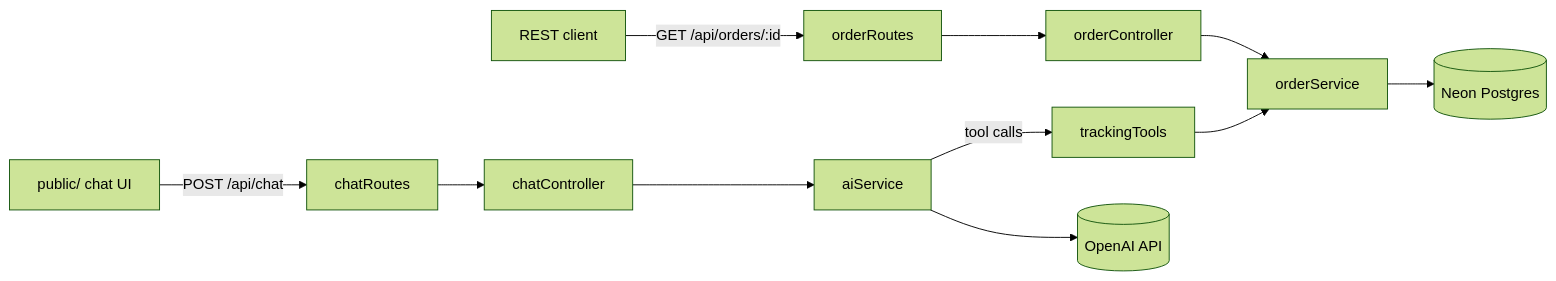
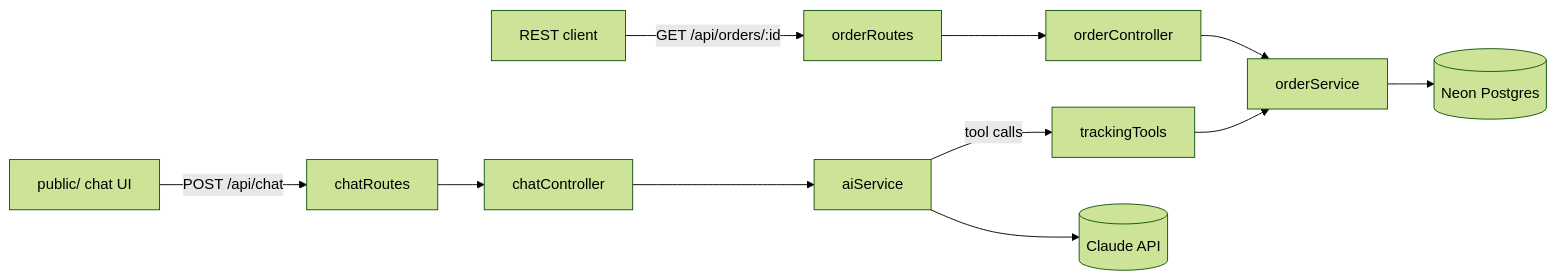
Before and after one commit to Lindenbrien27/ecommerce-ai-assistant: the diagram in README.md, drawn with Mermaid (forest theme). The commit also changed other lines of this file and 9 other files, not shown here.

First line of the commit message:
Switch AI provider from OpenAI to Claude (Anthropic)

````diff
--- a/README.md
+++ b/README.md
@@ -31,13 +31,13 @@
 ```mermaid
 flowchart LR
     UI[public/ chat UI] -->|POST /api/chat| ChatRoute[chatRoutes]
     Client[REST client] -->|GET /api/orders/:id| OrderRoute[orderRoutes]
     ChatRoute --> ChatCtrl[chatController]
     OrderRoute --> OrderCtrl[orderController]
     ChatCtrl --> AIService[aiService]
     AIService -->|tool calls| Tools[trackingTools]
     Tools --> OrderService[orderService]
     OrderCtrl --> OrderService
-    AIService --> OpenAI[(OpenAI API)]
+    AIService --> Claude[(Claude API)]
     OrderService --> DB[(Neon Postgres)]
 ```
````
